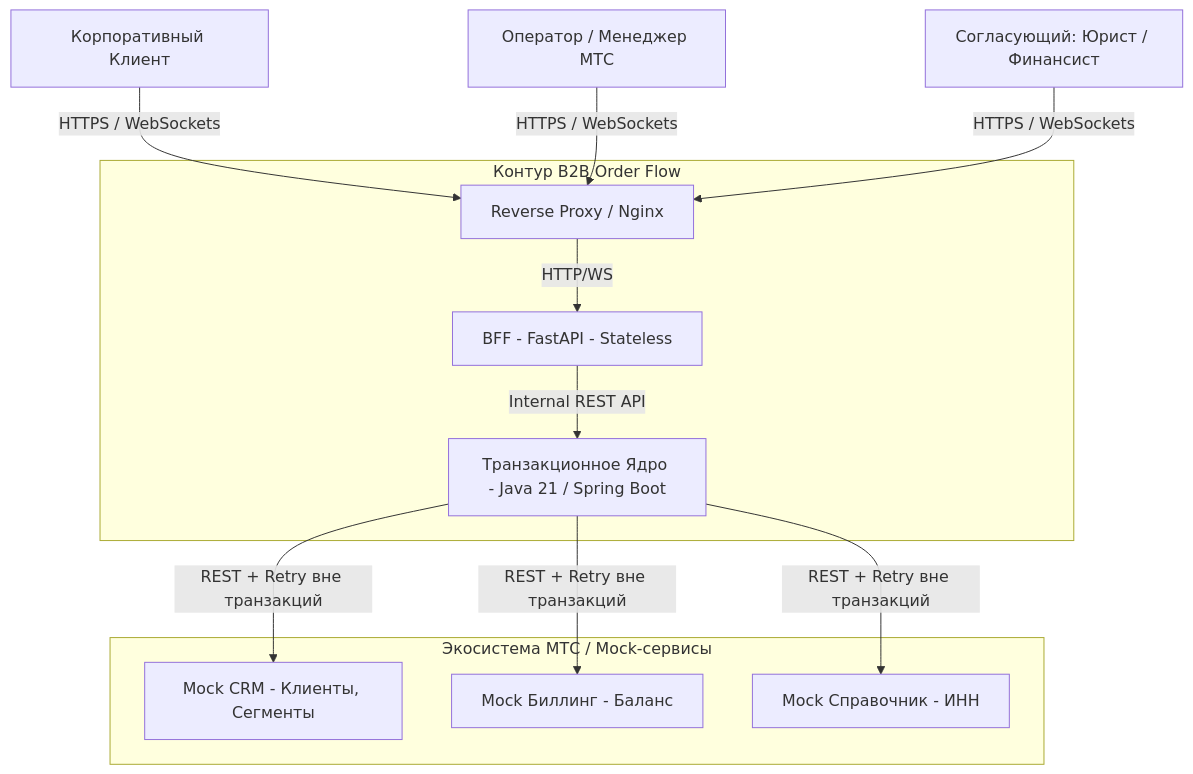
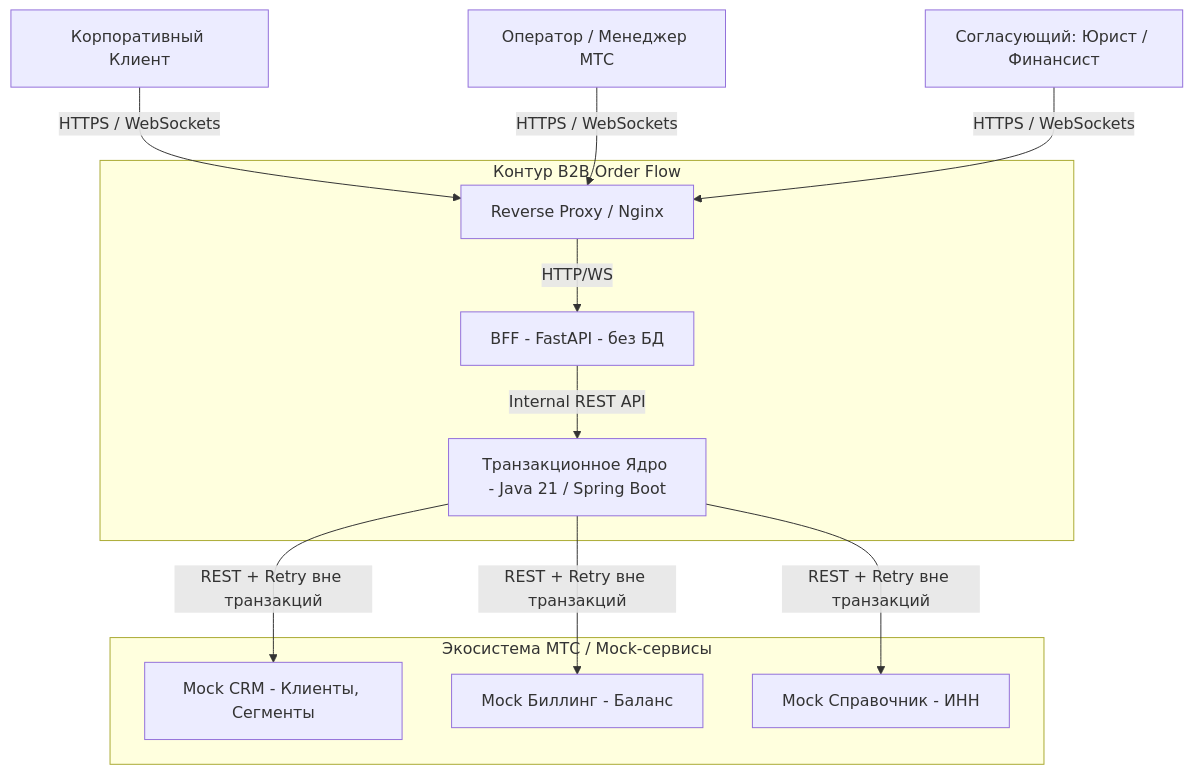
Before and after one commit to B2B-Order-Flow/B2B-Order-Flow: the first of 2 diagrams in docs/architecture/system-design.md, drawn with Mermaid. The commit also changed other lines of this file and 11 other files, not shown here.

````diff
--- a/docs/architecture/system-design.md
+++ b/docs/architecture/system-design.md
@@ -11,32 +11,32 @@
 ```mermaid
 graph TD
     %% Акторы
     Client[Корпоративный Клиент]
     Op[Оператор / Менеджер МТС]
     Legal[Согласующий: Юрист / Финансист]
 
     %% Наша система
     subgraph B2B_Order_Flow [Контур B2B Order Flow]
         Nginx[Reverse Proxy / Nginx]
-        BFF[BFF - FastAPI - Stateless]
+        BFF[BFF - FastAPI - без БД]
         CORE[Транзакционное Ядро - Java 21 / Spring Boot]
     end
 
     %% Внешние сервисы (Mocks)
     subgraph External_Mocks [Экосистема МТС / Mock-сервисы]
         CRM[Mock CRM - Клиенты, Сегменты]
         Billing[Mock Биллинг - Баланс]
         Ref[Mock Справочник - ИНН]
     end
 
     %% Связи
     Client -->|HTTPS / WebSockets| Nginx
     Op -->|HTTPS / WebSockets| Nginx
     Legal -->|HTTPS / WebSockets| Nginx
 
     Nginx -->|HTTP/WS| BFF
     BFF -->|Internal REST API| CORE
     CORE -->|REST + Retry вне транзакций| CRM
     CORE -->|REST + Retry вне транзакций| Billing
     CORE -->|REST + Retry вне транзакций| Ref
 ```
````
